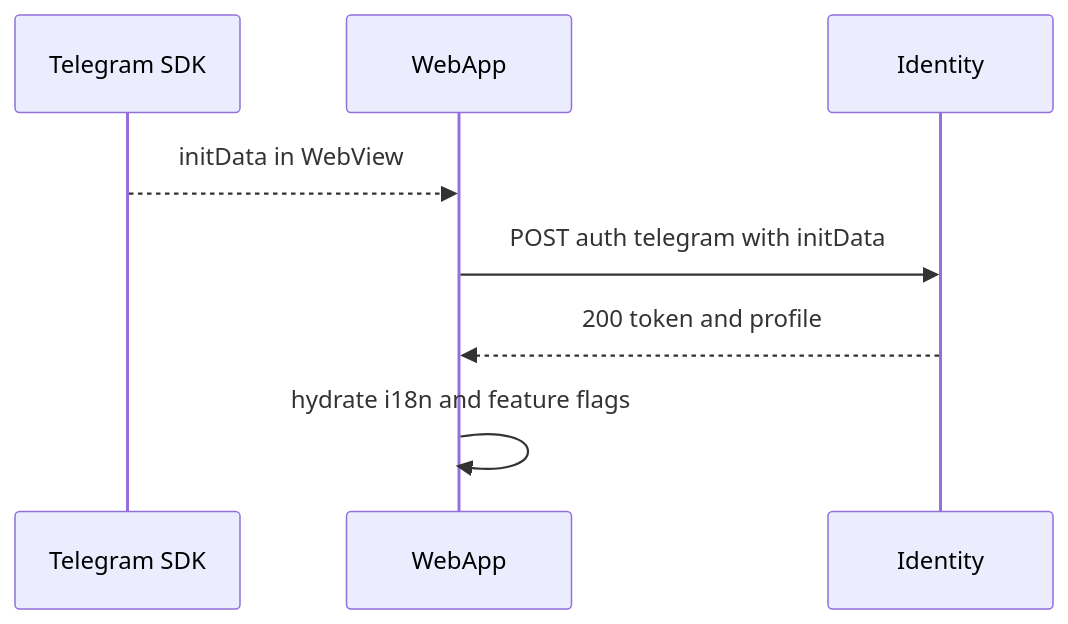
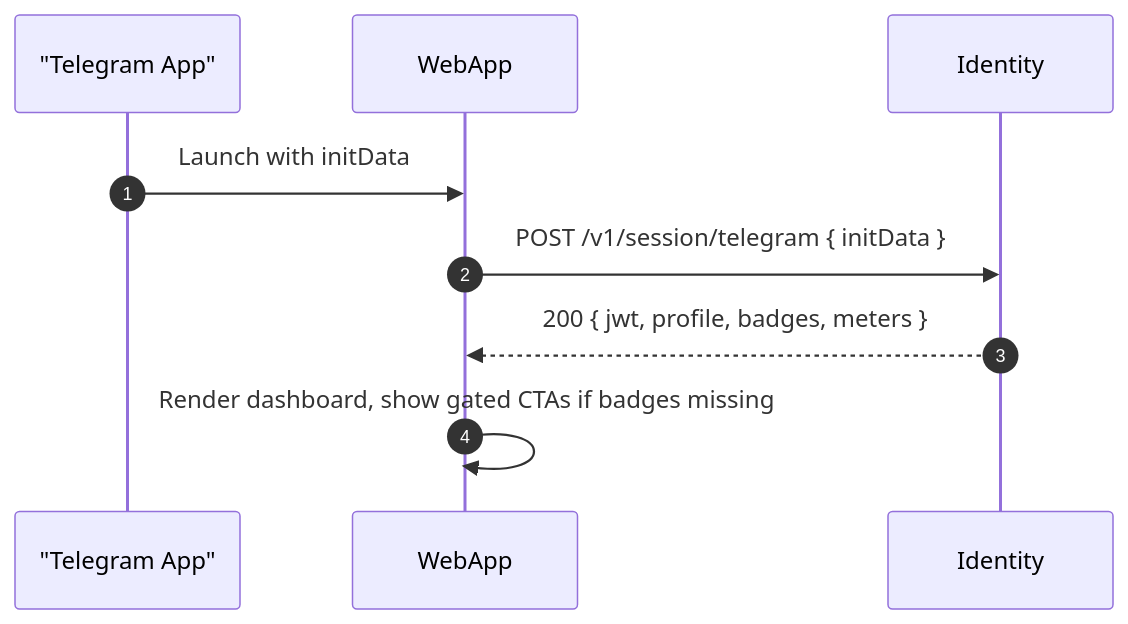
Before and after one commit to fuzeac/fuze-telegram-mini-app: the second of 4 diagrams in miniapp-webapp.md, drawn with Mermaid. The commit also changed other lines of this file, not shown here.

````diff
--- a/miniapp-webapp.md
+++ b/miniapp-webapp.md
@@ -108,10 +118,12 @@
 ```mermaid
 sequenceDiagram
-participant TG as Telegram SDK
-participant UI as WebApp
-participant IDP as Identity
-TG-->>UI: initData in WebView
-UI->>IDP: POST auth telegram with initData
-IDP-->>UI: 200 token and profile
-UI->>UI: hydrate i18n and feature flags
+  autonumber
+  participant TG as "Telegram App"
+  participant UI as WebApp
+  participant ID as Identity
+
+  TG->>UI: Launch with initData
+  UI->>ID: POST /v1/session/telegram { initData }
+  ID-->>UI: 200 { jwt, profile, badges, meters }
+  UI->>UI: Render dashboard, show gated CTAs if badges missing
 ```
````
